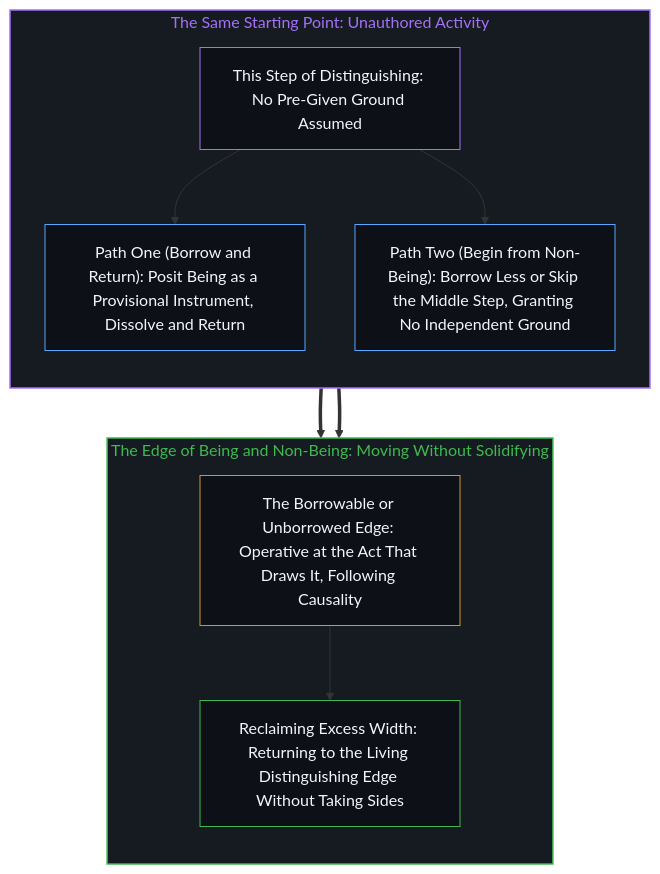
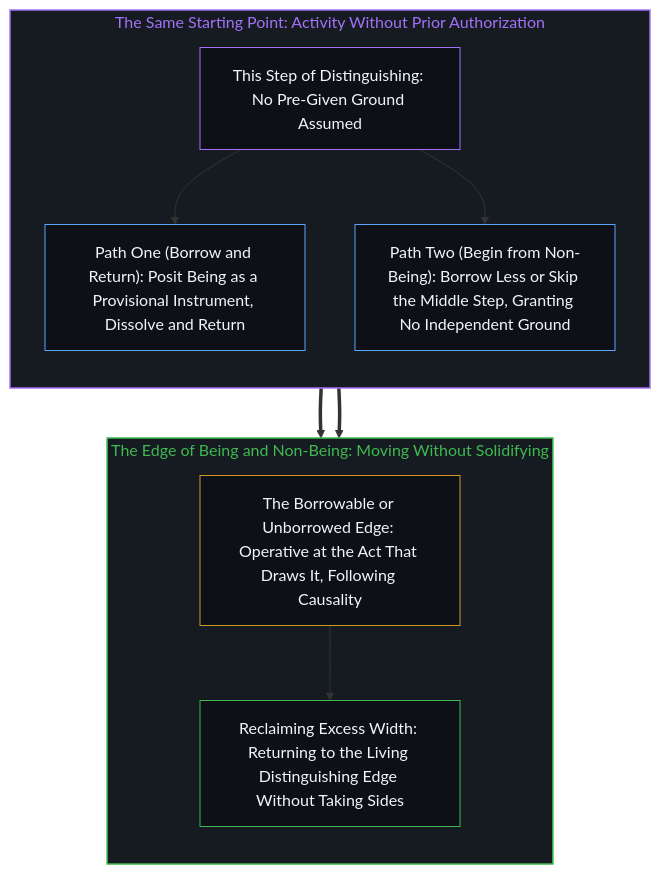
The second of 2 diagrams in content/posts/you-wu-zhi-bian.md (powerpig99/not-a-toe), drawn with Mermaid before and after one commit. The commit also changed other lines of this file and 1 other file, not shown here.

Commit message:
Consolidate Deep Sleep Batch 27: refine you-wu-zhi-bian (DELTA propagates)

````diff
--- a/content/posts/you-wu-zhi-bian.md
+++ b/content/posts/you-wu-zhi-bian.md
@@ -66,26 +66,26 @@
 ```mermaid
 flowchart TD
-    subgraph S_Origin["The Same Starting Point: Unauthored Activity"]
+    subgraph S_Origin["The Same Starting Point: Activity Without Prior Authorization"]
         direction TB
         O_Act["This Step of Distinguishing: No Pre-Given Ground Assumed"]
         O_Borrow["Path One (Borrow and Return): Posit Being as a Provisional Instrument, Dissolve and Return"]
         O_Direct["Path Two (Begin from Non-Being): Borrow Less or Skip the Middle Step, Granting No Independent Ground"]
         O_Act --> O_Borrow
         O_Act --> O_Direct
     end
     subgraph S_Edge["The Edge of Being and Non-Being: Moving Without Solidifying"]
         direction TB
         E_Edge["The Borrowable or Unborrowed Edge: Operative at the Act That Draws It, Following Causality"]
         E_Return["Reclaiming Excess Width: Returning to the Living Distinguishing Edge Without Taking Sides"]
         E_Edge --> E_Return
     end
     O_Borrow ==> E_Edge
     O_Direct ==> E_Edge
     style S_Origin fill:#161b22,stroke:#a371f7,stroke-width:1.5px,color:#a371f7
     style S_Edge fill:#161b22,stroke:#3fb950,stroke-width:1.5px,color:#3fb950
     style O_Act fill:#0d1117,stroke:#a371f7,stroke-width:1px,color:#f0f6fc
     style O_Borrow fill:#0d1117,stroke:#58a6ff,stroke-width:1px,color:#f0f6fc
     style O_Direct fill:#0d1117,stroke:#58a6ff,stroke-width:1px,color:#f0f6fc
     style E_Edge fill:#0d1117,stroke:#d29922,stroke-width:1px,color:#f0f6fc
     style E_Return fill:#0d1117,stroke:#3fb950,stroke-width:1px,color:#f0f6fc
 ```
````
